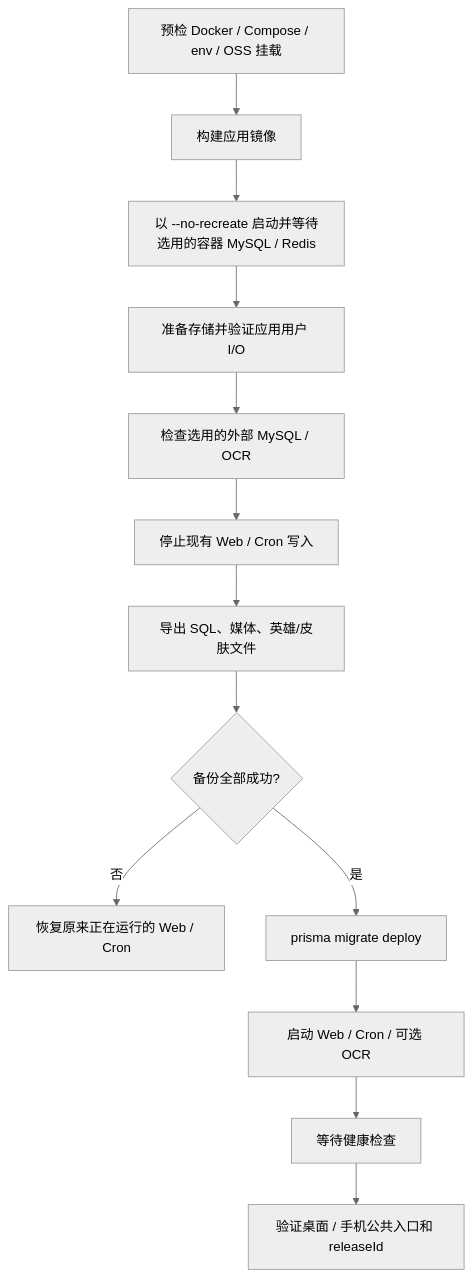
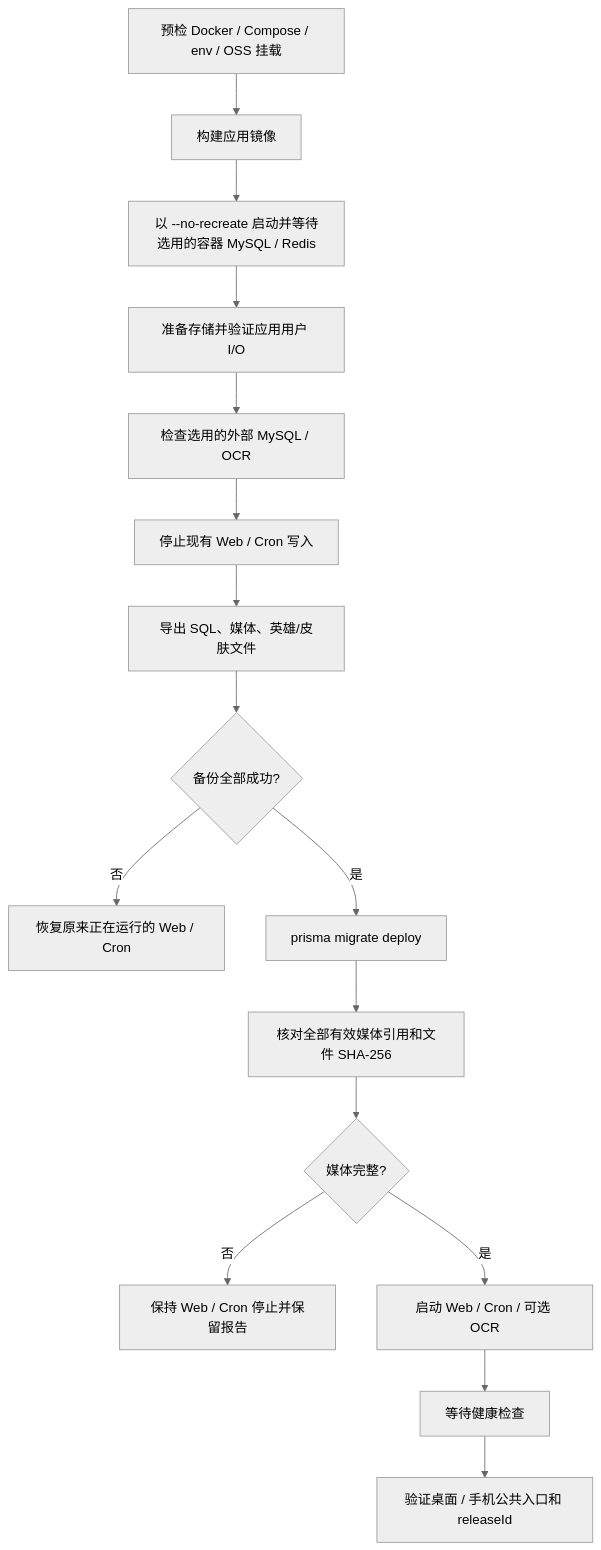
The second of 2 diagrams in docs/architecture/runtime-architecture.md (YunHe-Rocky/wzywt), drawn with Mermaid (neutral theme) before and after one commit. The commit also changed other lines of this file and 28 other files, not shown here.

````diff
--- a/docs/architecture/runtime-architecture.md
+++ b/docs/architecture/runtime-architecture.md
@@ -104,15 +118,18 @@
 ```mermaid
 flowchart TD
     A[预检 Docker / Compose / env / OSS 挂载] --> B[构建应用镜像]
     B --> C[以 --no-recreate 启动并等待选用的容器 MySQL / Redis]
     C --> D[准备存储并验证应用用户 I/O]
     D --> P[检查选用的外部 MySQL / OCR]
     P --> E[停止现有 Web / Cron 写入]
     E --> F[导出 SQL、媒体、英雄/皮肤文件]
     F --> G{备份全部成功?}
     G -- 否 --> H[恢复原来正在运行的 Web / Cron]
     G -- 是 --> I[prisma migrate deploy]
-    I --> J[启动 Web / Cron / 可选 OCR]
+    I --> M[核对全部有效媒体引用和文件 SHA-256]
+    M --> N{媒体完整?}
+    N -- 否 --> O[保持 Web / Cron 停止并保留报告]
+    N -- 是 --> J[启动 Web / Cron / 可选 OCR]
     J --> K[等待健康检查]
     K --> L[验证桌面 / 手机公共入口和 releaseId]
 ```
````
